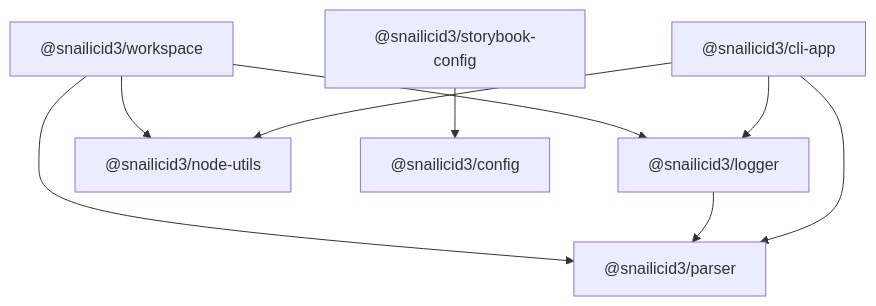
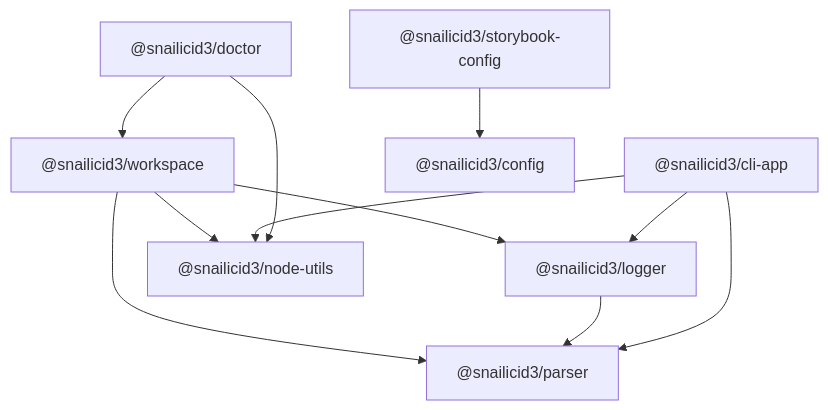
The diagram in notes/snailicid3-architecture-and-refactor-plan.md (gbtunney/snailicid3), drawn with Mermaid before and after one commit. The commit also changed other lines of this file and 22 other files, not shown here.

````diff
--- a/notes/snailicid3-architecture-and-refactor-plan.md
+++ b/notes/snailicid3-architecture-and-refactor-plan.md
@@ -151,11 +169,13 @@
 ```mermaid
 flowchart TD
     Workspace["@snailicid3/workspace"] --> Parser["@snailicid3/parser"]
     Workspace --> Logger["@snailicid3/logger"]
     Workspace --> NodeUtils["@snailicid3/node-utils"]
     Logger --> Parser
     CliApp["@snailicid3/cli-app"] --> Parser
     CliApp --> Logger
     CliApp --> NodeUtils
+    Doctor["@snailicid3/doctor"] --> Workspace
+    Doctor --> NodeUtils
     Storybook["@snailicid3/storybook-config"] --> Config["@snailicid3/config"]
 ```
````
